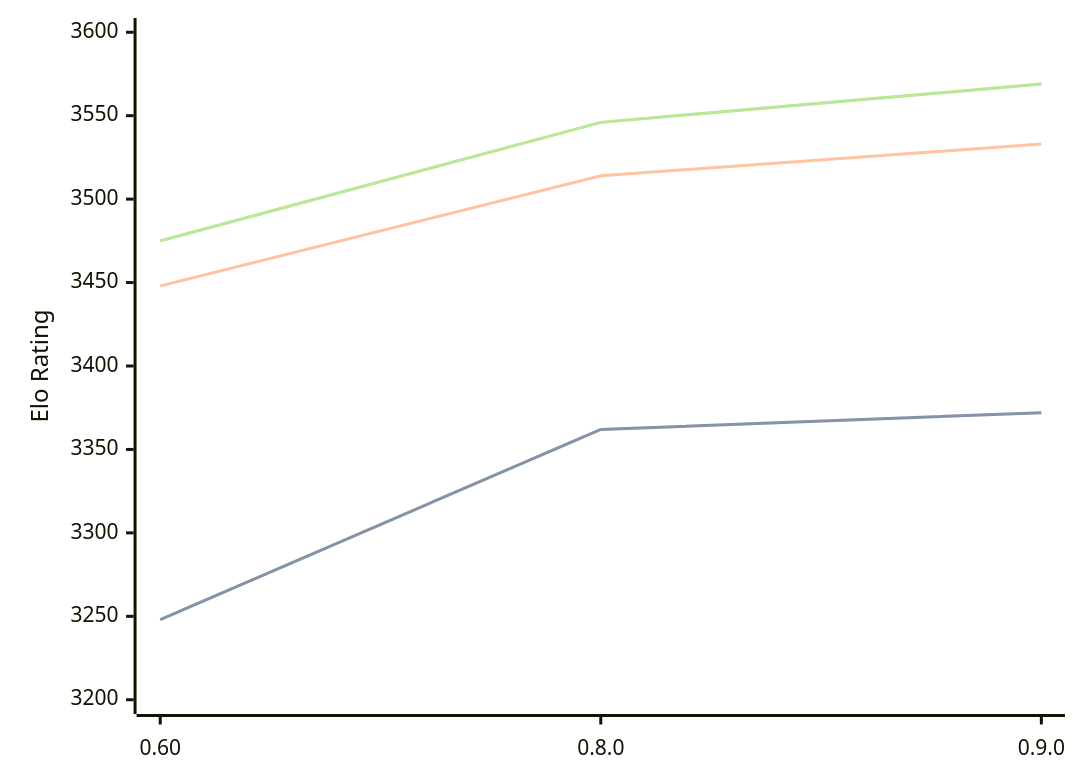
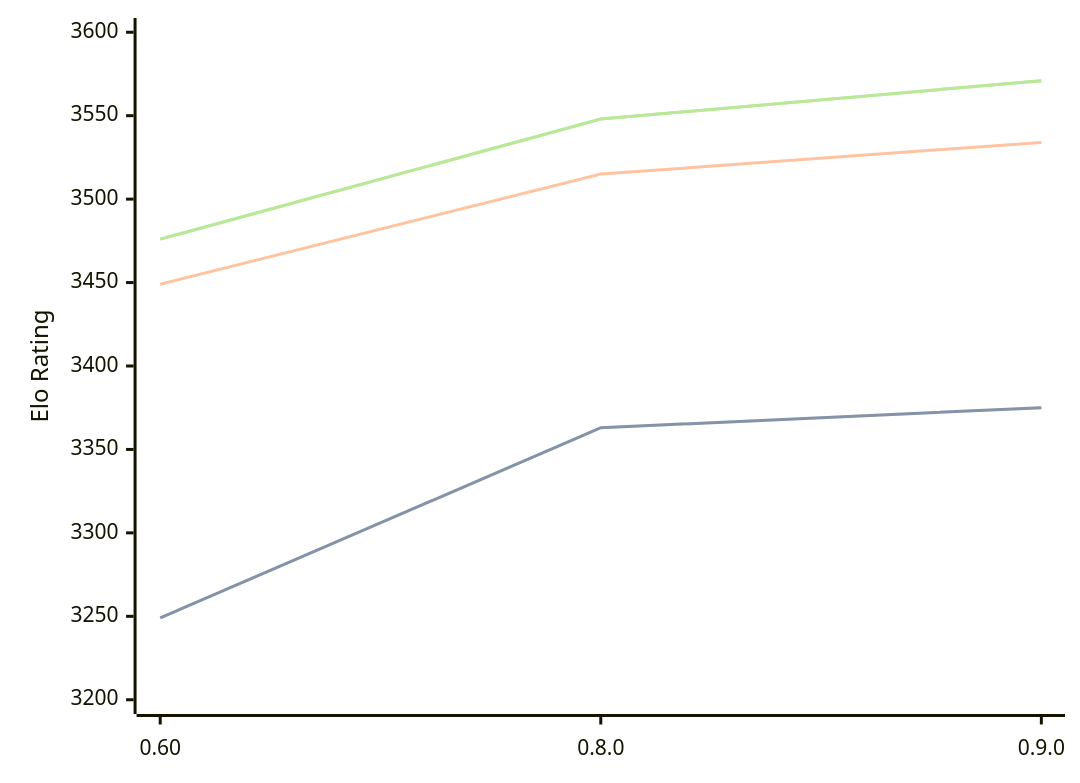
One commit to computer-chess-index/cci changed the diagram in engines/Motor.md. Above: the diagram before and after it, drawn with Mermaid. The commit also changed other lines of this file, not shown here.

Commit message:
Update CCI Ratings (ELO VLTC) - 2026-02-21

````diff
--- a/engines/Motor.md
+++ b/engines/Motor.md
@@ -36,11 +36,11 @@
 ```mermaid
 %%{init: {"theme":"base","themeVariables":{"seriesColors:['#a3a3a3','#222221','#faa371']}}}%%
 xychart-beta
   x-axis ["0.60", "0.8.0", "0.9.0"]
   y-axis "Elo Rating" 3200 --> 3600
-  line "STC (8.0+0.08s)" [3248, 3362, 3372]
-  line "STC (8.0+0.08s)" [3248, 3362, 3372]
-  line "LTC (60.0+0.60s)" [3448, 3514, 3533]
-  line "VLTC (2m24s+1.12s)" [3475, 3546, 3569]
-  line "VLTC (2m24s+1.12s)" [3475, 3546, 3569]
+  line "STC (8.0+0.08s)" [3249, 3363, 3375]
+  line "STC (8.0+0.08s)" [3249, 3363, 3375]
+  line "LTC (60.0+0.60s)" [3449, 3515, 3534]
+  line "VLTC (2m24s+1.12s)" [3476, 3548, 3571]
+  line "VLTC (2m24s+1.12s)" [3476, 3548, 3571]
 ```
````
